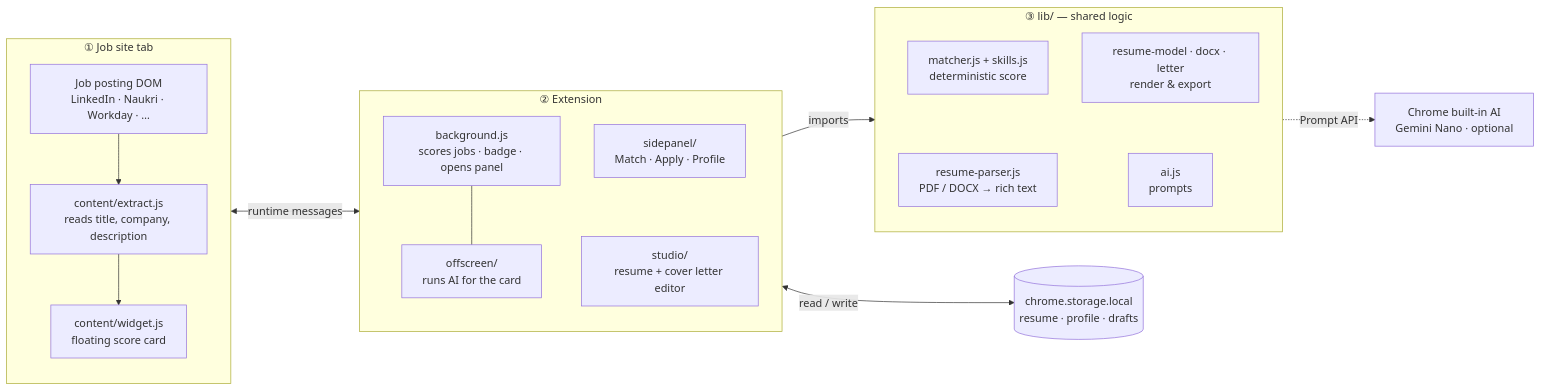
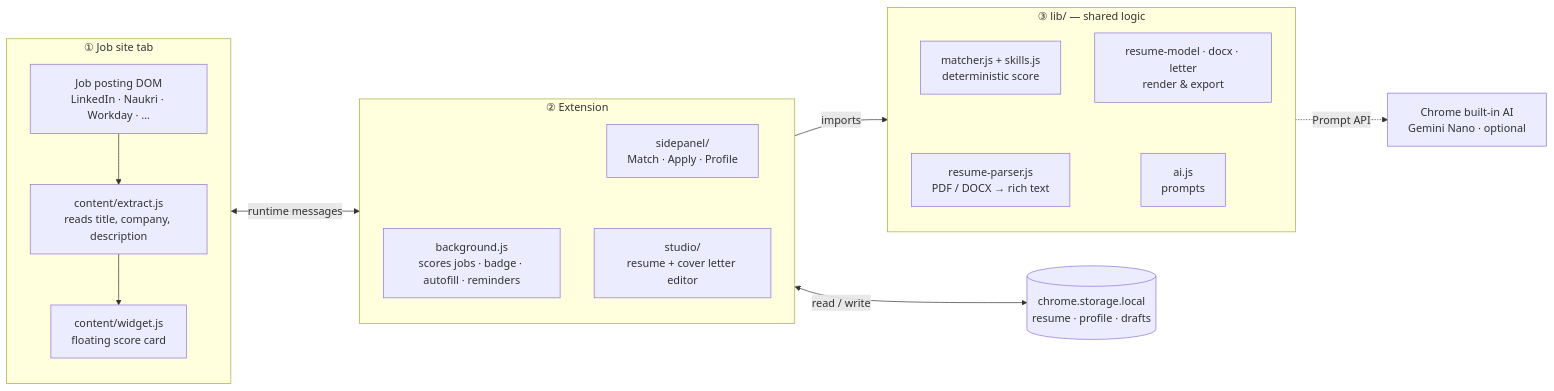
The diagram in docs/diagrams/architecture.md (imRahul05/shortliistt), drawn with Mermaid before and after one commit. The commit also changed other lines of this file and 17 other files, not shown here.

First line of the commit message:
Tracker with reminders, fixed extension ID + backup, photo autofill, personal AI

````diff
--- a/docs/diagrams/architecture.md
+++ b/docs/diagrams/architecture.md
@@ -7,27 +7,27 @@
 ```mermaid
 flowchart LR
   subgraph TAB["① Job site tab"]
     direction TB
     DOM["Job posting DOM<br/>LinkedIn · Naukri · Workday · …"] --> EX["content/extract.js<br/>reads title, company, description"] --> CARD["content/widget.js<br/>floating score card"]
   end
 
   subgraph EXT["② Extension"]
     direction TB
-    BG["background.js<br/>scores jobs · badge · opens panel"] --- OFF["offscreen/<br/>runs AI for the card"]
+    BG["background.js<br/>scores jobs · badge · autofill · reminders"]
     SP["sidepanel/<br/>Match · Apply · Profile"] ~~~ ST["studio/<br/>resume + cover letter editor"]
   end
 
   subgraph CORE["③ lib/ — shared logic"]
     direction TB
     MATCH["matcher.js + skills.js<br/>deterministic score"] ~~~ PARSE["resume-parser.js<br/>PDF / DOCX → rich text"]
     MODEL["resume-model · docx · letter<br/>render & export"] ~~~ AI["ai.js<br/>prompts"]
   end
 
   STORE[("chrome.storage.local<br/>resume · profile · drafts")]
   NANO["Chrome built-in AI<br/>Gemini Nano · optional"]
 
   TAB <-- "runtime messages" --> EXT
   EXT -- "imports" --> CORE
   EXT <-- "read / write" --> STORE
   CORE -. "Prompt API" .-> NANO
 ```
````
